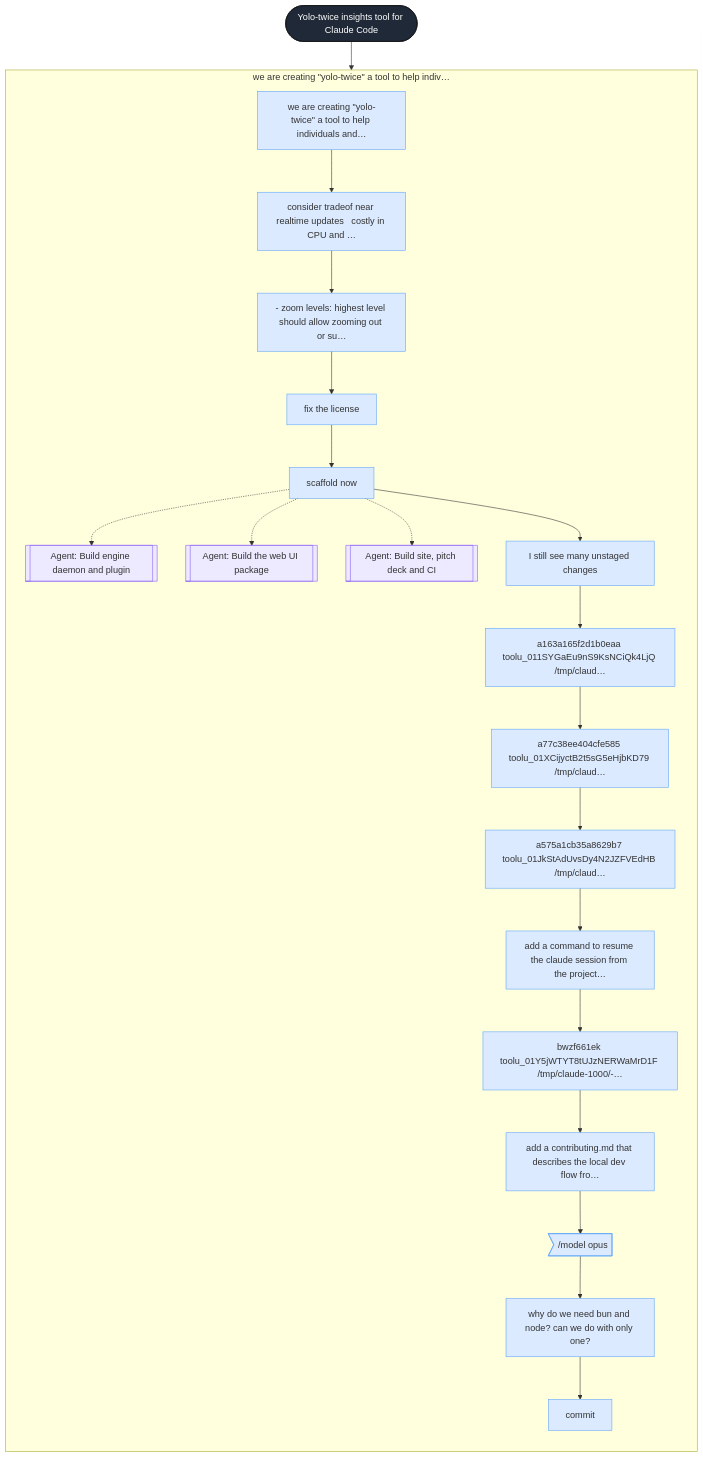
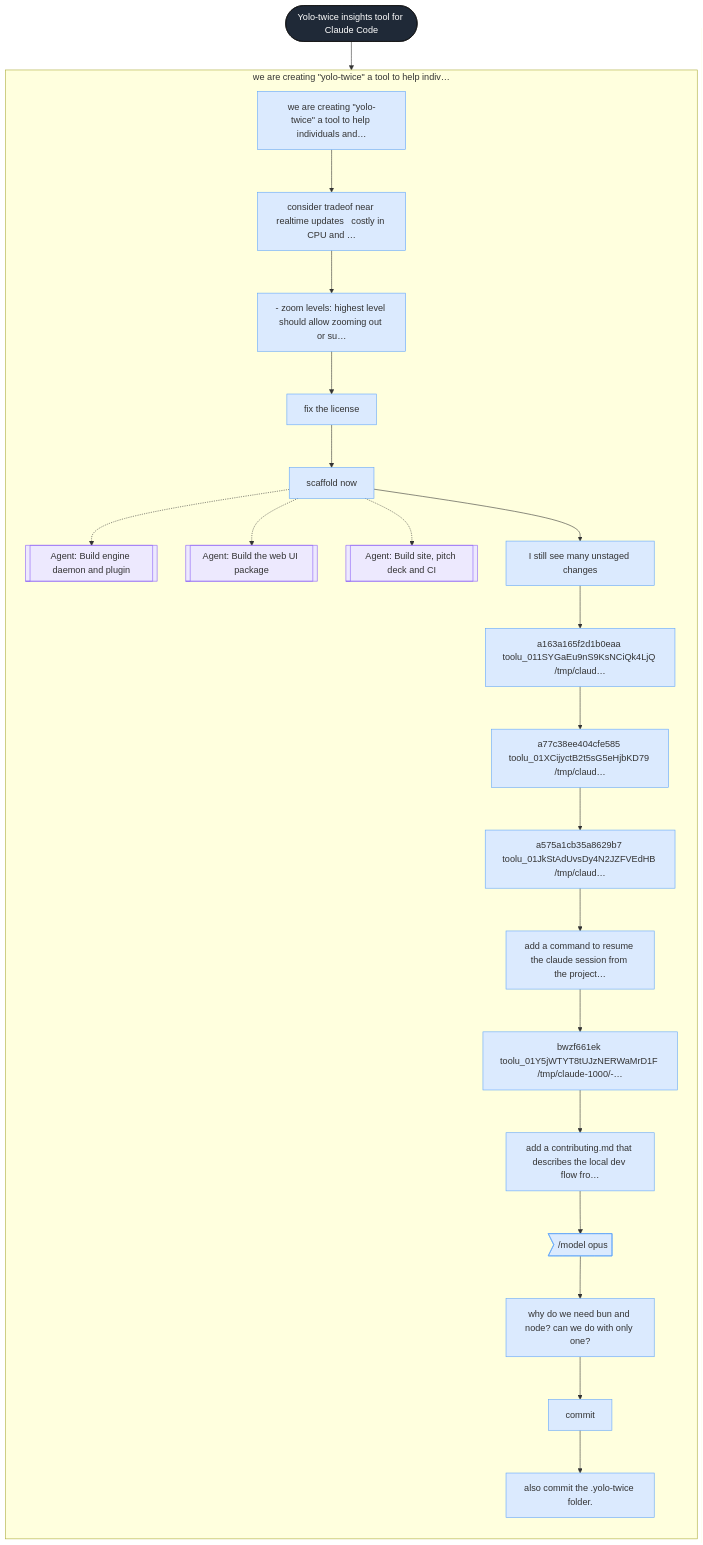
Before and after one commit to bar9/yolo-twice: the diagram in .yolo-twice/sessions/34b27ceb-5af1-4142-8334-ab80a4310636/graph.mmd, drawn with Mermaid. The commit also changed 4 other files, not shown here.

Commit message:
Refresh .yolo-twice index

```diff
--- a/.yolo-twice/sessions/34b27ceb-5af1-4142-8334-ab80a4310636/graph.mmd
+++ b/.yolo-twice/sessions/34b27ceb-5af1-4142-8334-ab80a4310636/graph.mmd
@@ -1,69 +1,72 @@
 flowchart TD
   s_34b27ceb_5af1_4142_8334_ab80a4310636(["Yolo-twice insights tool for Claude Code"])
   subgraph p1 ["we are creating #quot;yolo-twice#quot; a tool to help indiv…"]
     direction TD
     t1["we are creating #quot;yolo-twice#quot; a tool to help individuals and…"]
     t2["consider tradeof near realtime updates   costly in CPU and …"]
     t3["- zoom levels: highest level should allow zooming out or su…"]
     t4["fix the license"]
     t5["scaffold now"]
     t5_s51[["Agent: Build engine daemon and plugin"]]
     t5_s52[["Agent: Build the web UI package"]]
     t5_s53[["Agent: Build site, pitch deck and CI"]]
     t6["I still see many unstaged changes"]
     t7["a163a165f2d1b0eaa toolu_011SYGaEu9nS9KsNCiQk4LjQ /tmp/claud…"]
     t8["a77c38ee404cfe585 toolu_01XCijyctB2t5sG5eHjbKD79 /tmp/claud…"]
     t9["a575a1cb35a8629b7 toolu_01JkStAdUvsDy4N2JZFVEdHB /tmp/claud…"]
     t10["add a command to resume the claude session from the project…"]
     t11["bwzf661ek toolu_01Y5jWTYT8tUJzNERWaMrD1F /tmp/claude-1000/-…"]
     t12["add a contributing.md that describes the local dev flow fro…"]
     t13>"/model opus"]
     t14["why do we need bun and node? can we do with only one?"]
     t15["commit"]
+    t16["also commit the .yolo-twice folder."]
   end
   s_34b27ceb_5af1_4142_8334_ab80a4310636 --> t1
   t1 --> t2
   t2 --> t3
   t3 --> t4
   t4 --> t5
   t5 -.-> t5_s51
   t5 -.-> t5_s52
   t5 -.-> t5_s53
   t5 --> t6
   t6 --> t7
   t7 --> t8
   t8 --> t9
   t9 --> t10
   t10 --> t11
   t11 --> t12
   t12 --> t13
   t13 --> t14
   t14 --> t15
+  t15 --> t16
   classDef session fill:#1f2937,color:#fff,stroke:#111;
   classDef phase fill:#e5e7eb,stroke:#9ca3af;
   classDef turn fill:#dbeafe,stroke:#60a5fa;
   classDef branch fill:#fde68a,stroke:#d97706;
   classDef subagent fill:#ede9fe,stroke:#8b5cf6;
   classDef tool fill:#dcfce7,stroke:#22c55e;
   classDef error fill:#fee2e2,stroke:#ef4444;
   classDef text fill:#f3f4f6,stroke:#9ca3af;
   classDef thinking fill:#f3f4f6,stroke:#d1d5db,stroke-dasharray: 3 3;
   class s_34b27ceb_5af1_4142_8334_ab80a4310636 session;
   class t1 turn;
   class t2 turn;
   class t3 turn;
   class t4 turn;
   class t5 turn;
   class t5_s51 subagent;
   class t5_s52 subagent;
   class t5_s53 subagent;
   class t6 turn;
   class t7 turn;
   class t8 turn;
   class t9 turn;
   class t10 turn;
   class t11 turn;
   class t12 turn;
   class t13 turn;
   class t14 turn;
   class t15 turn;
+  class t16 turn;
```
